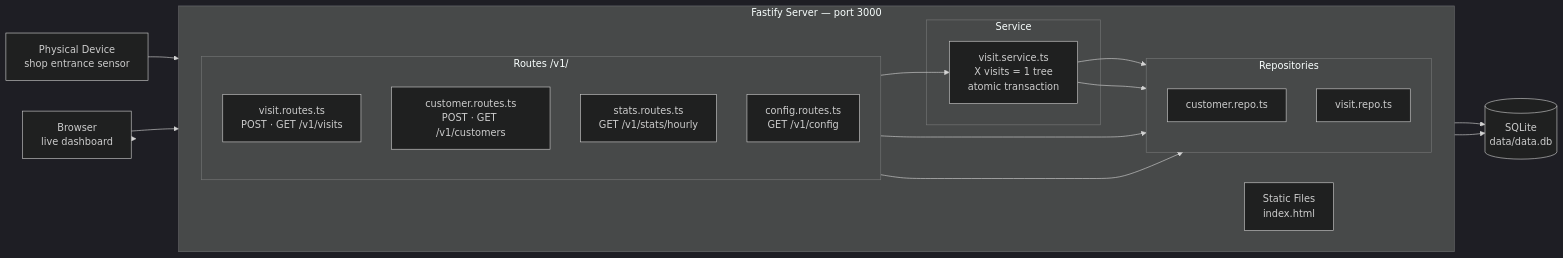
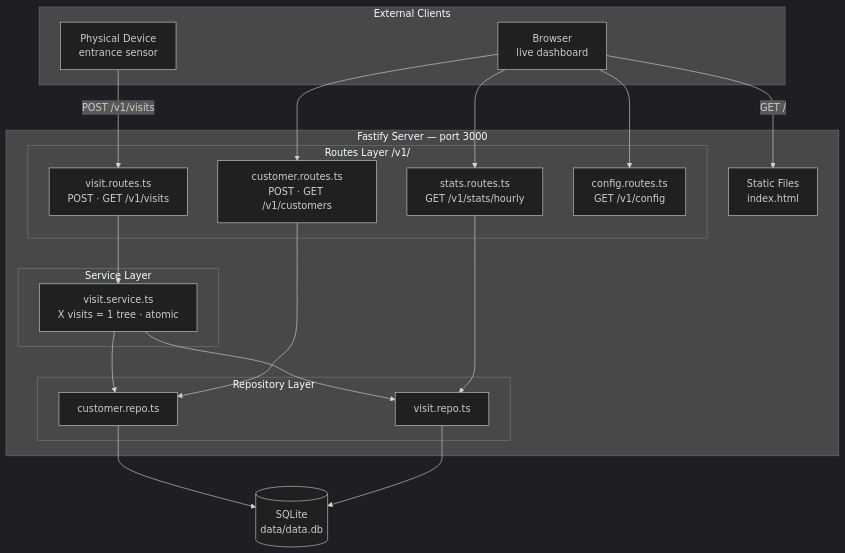
Before and after one commit to Davidfarouk/T_N_Interview: the first of 2 diagrams in README.md, drawn with Mermaid (dark theme).

Commit message:
docs: restore TB layout, clean up arrow labels and line count

````diff
--- a/README.md
+++ b/README.md
@@ -22,43 +22,40 @@
 ```mermaid
-graph LR
-    DEV["Physical Device\nshop entrance sensor"]
-    BROWSER["Browser\nlive dashboard"]
+graph TB
+    subgraph Clients["External Clients"]
+        DEV["Physical Device\nentrance sensor"]
+        BROWSER["Browser\nlive dashboard"]
+    end
 
     subgraph APP["Fastify Server — port 3000"]
-        direction LR
         STATIC["Static Files\nindex.html"]
 
-        subgraph ROUTES["Routes  /v1/"]
-            direction TB
+        subgraph ROUTES["Routes Layer  /v1/"]
             R_V["visit.routes.ts\nPOST · GET /v1/visits"]
             R_C["customer.routes.ts\nPOST · GET /v1/customers"]
             R_S["stats.routes.ts\nGET /v1/stats/hourly"]
             R_CF["config.routes.ts\nGET /v1/config"]
         end
 
-        subgraph SERVICE["Service"]
-            SVC["visit.service.ts\nX visits = 1 tree\natomic transaction"]
+        subgraph SERVICE["Service Layer"]
+            SVC["visit.service.ts\nX visits = 1 tree · atomic"]
         end
 
-        subgraph REPO["Repositories"]
-            direction TB
+        subgraph REPO["Repository Layer"]
             CREPO["customer.repo.ts"]
             VREPO["visit.repo.ts"]
         end
     end
 
     DB[("SQLite\ndata/data.db")]
 
-    DEV --> R_V
-    BROWSER --> STATIC
-    BROWSER --> ROUTES
+    DEV -->|"POST /v1/visits"| R_V
+    BROWSER -->|"GET /"| STATIC
+    BROWSER --> R_C & R_S & R_CF
 
     R_V --> SVC
-    SVC --> CREPO
-    SVC --> VREPO
+    SVC --> CREPO & VREPO
     R_C --> CREPO
     R_S --> VREPO
 
-    CREPO --> DB
-    VREPO --> DB
+    CREPO & VREPO --> DB
 ```
````
